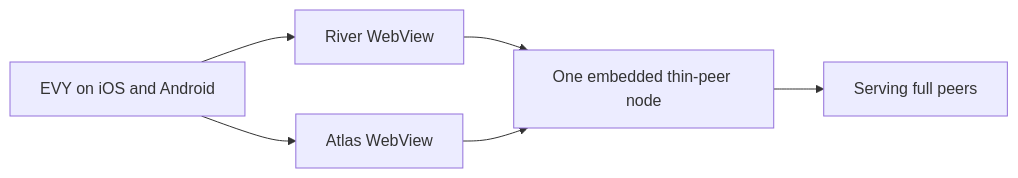
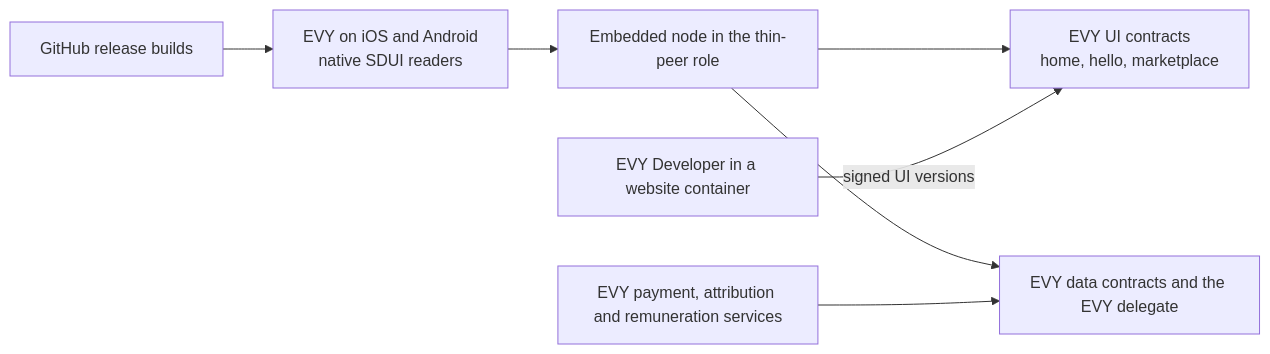
Before and after one commit to EVY-Platform/evy-freenet-plans: the second of 2 diagrams in README.md, drawn with Mermaid. The commit also changed other lines of this file and 49 other files, not shown here.

````diff
--- a/README.md
+++ b/README.md
@@ -51,8 +53,9 @@
 ```mermaid
 flowchart LR
-    EVY[EVY on iOS and Android] --> River[River WebView]
-    EVY --> Atlas[Atlas WebView]
-    River --> Node[One embedded thin-peer node]
-    Atlas --> Node
-    Node --> Full[Serving full peers]
+    GH[GitHub release builds] --> Apps[EVY on iOS and Android<br>native SDUI readers]
+    Apps --> Node[Embedded node in the thin-peer role]
+    Node --> UI[EVY UI contracts<br>home, hello, marketplace]
+    Node --> Data[EVY data contracts and the EVY delegate]
+    Dev[EVY Developer in a website container] -->|signed UI versions| UI
+    Svc[EVY payment, attribution and remuneration services] --> Data
 ```
````
